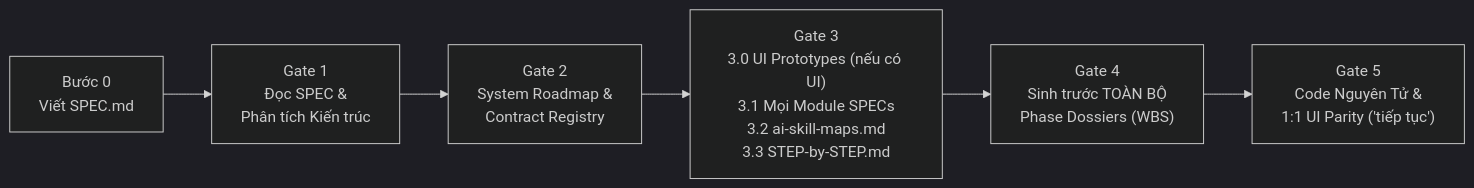
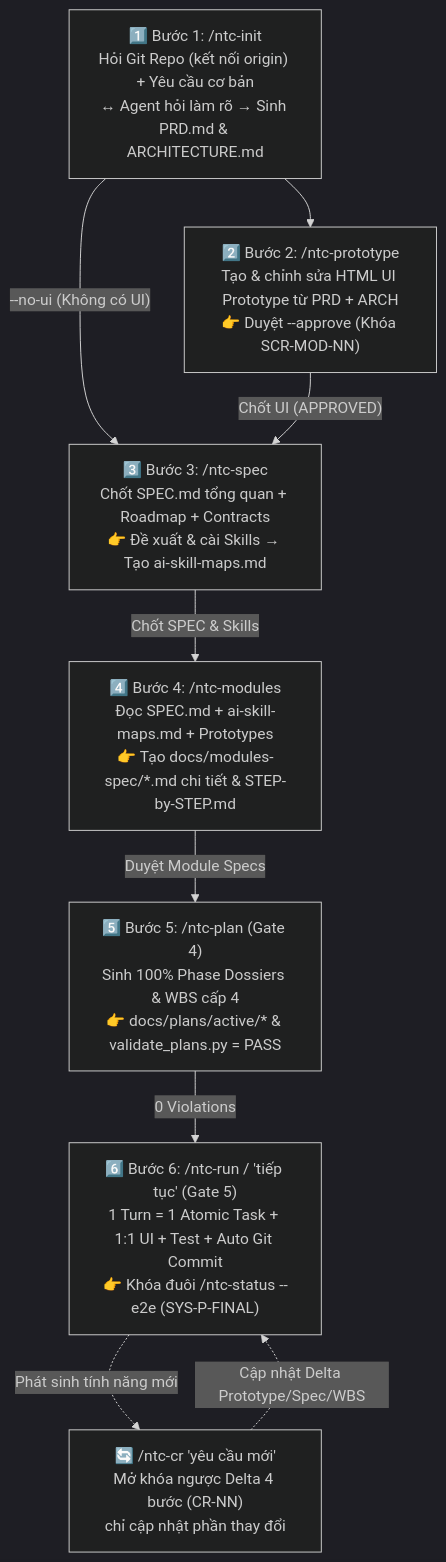
Before and after one commit to chien5572/ntc-micro-harness: the diagram in README.vi.md, drawn with Mermaid (dark theme). The commit also changed other lines of this file and 37 other files, not shown here.

Commit message:
feat(plugin): package NTC Micro-Harness v2.1 plugin with 6-step /ntc-* workflow and Git remote setup

````diff
--- a/README.vi.md
+++ b/README.vi.md
@@ -189,8 +58,19 @@
 ```mermaid
-flowchart LR
-    S0["Bước 0<br/>Viết SPEC.md"] --> G1["Gate 1<br/>Đọc SPEC &<br/>Phân tích Kiến trúc"]
-    G1 --> G2["Gate 2<br/>System Roadmap &<br/>Contract Registry"]
-    G2 --> G3["Gate 3<br/>3.0 UI Prototypes (nếu có UI)<br/>3.1 Mọi Module SPECs<br/>3.2 ai-skill-maps.md<br/>3.3 STEP-by-STEP.md"]
-    G3 --> G4["Gate 4<br/>Sinh trước TOÀN BỘ<br/>Phase Dossiers (WBS)"]
-    G4 --> G5["Gate 5<br/>Code Nguyên Tử &<br/>1:1 UI Parity ('tiếp tục')"]
+flowchart TD
+    S1["1️⃣ Bước 1: /ntc-init<br/>Hỏi Git Repo (kết nối origin) + Yêu cầu cơ bản<br/>↔ Agent hỏi làm rõ → Sinh PRD.md & ARCHITECTURE.md"]
+    S2["2️⃣ Bước 2: /ntc-prototype<br/>Tạo & chỉnh sửa HTML UI Prototype từ PRD + ARCH<br/>👉 Duyệt --approve (Khóa SCR-MOD-NN)"]
+    S3["3️⃣ Bước 3: /ntc-spec<br/>Chốt SPEC.md tổng quan + Roadmap + Contracts<br/>👉 Đề xuất & cài Skills → Tạo ai-skill-maps.md"]
+    S4["4️⃣ Bước 4: /ntc-modules<br/>Đọc SPEC.md + ai-skill-maps.md + Prototypes<br/>👉 Tạo docs/modules-spec/*.md chi tiết & STEP-by-STEP.md"]
+    S5["5️⃣ Bước 5: /ntc-plan (Gate 4)<br/>Sinh 100% Phase Dossiers & WBS cấp 4<br/>👉 docs/plans/active/* & validate_plans.py = PASS"]
+    S6["6️⃣ Bước 6: /ntc-run / 'tiếp tục' (Gate 5)<br/>1 Turn = 1 Atomic Task + 1:1 UI + Test + Auto Git Commit<br/>👉 Khóa đuôi /ntc-status --e2e (SYS-P-FINAL)"]
+    CR["🔄 /ntc-cr 'yêu cầu mới'<br/>Mở khóa ngược Delta 4 bước (CR-NN)<br/>chỉ cập nhật phần thay đổi"]
+
+    S1 --> S2
+    S1 -- "--no-ui (Không có UI)" --> S3
+    S2 -- "Chốt UI (APPROVED)" --> S3
+    S3 -- "Chốt SPEC & Skills" --> S4
+    S4 -- "Duyệt Module Specs" --> S5
+    S5 -- "0 Violations" --> S6
+    S6 -. "Phát sinh tính năng mới" .-> CR
+    CR -. "Cập nhật Delta Prototype/Spec/WBS" .-> S6
 ```
````
